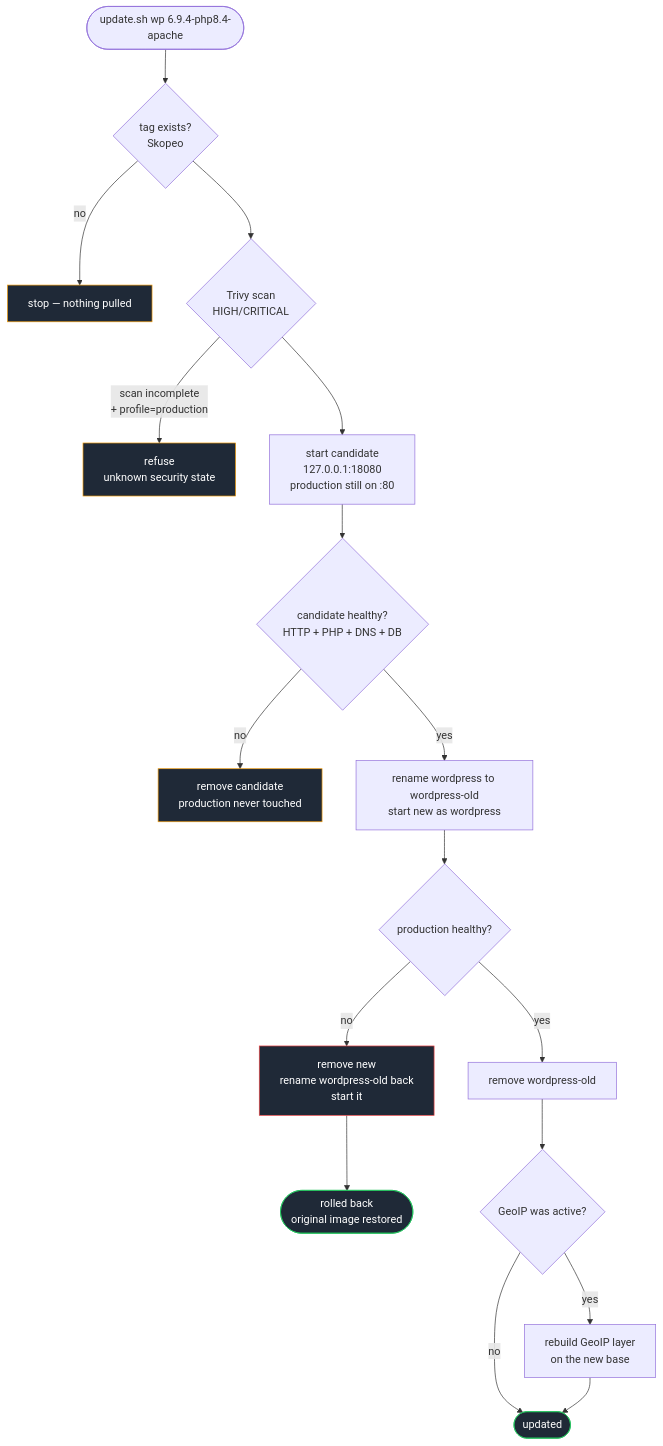
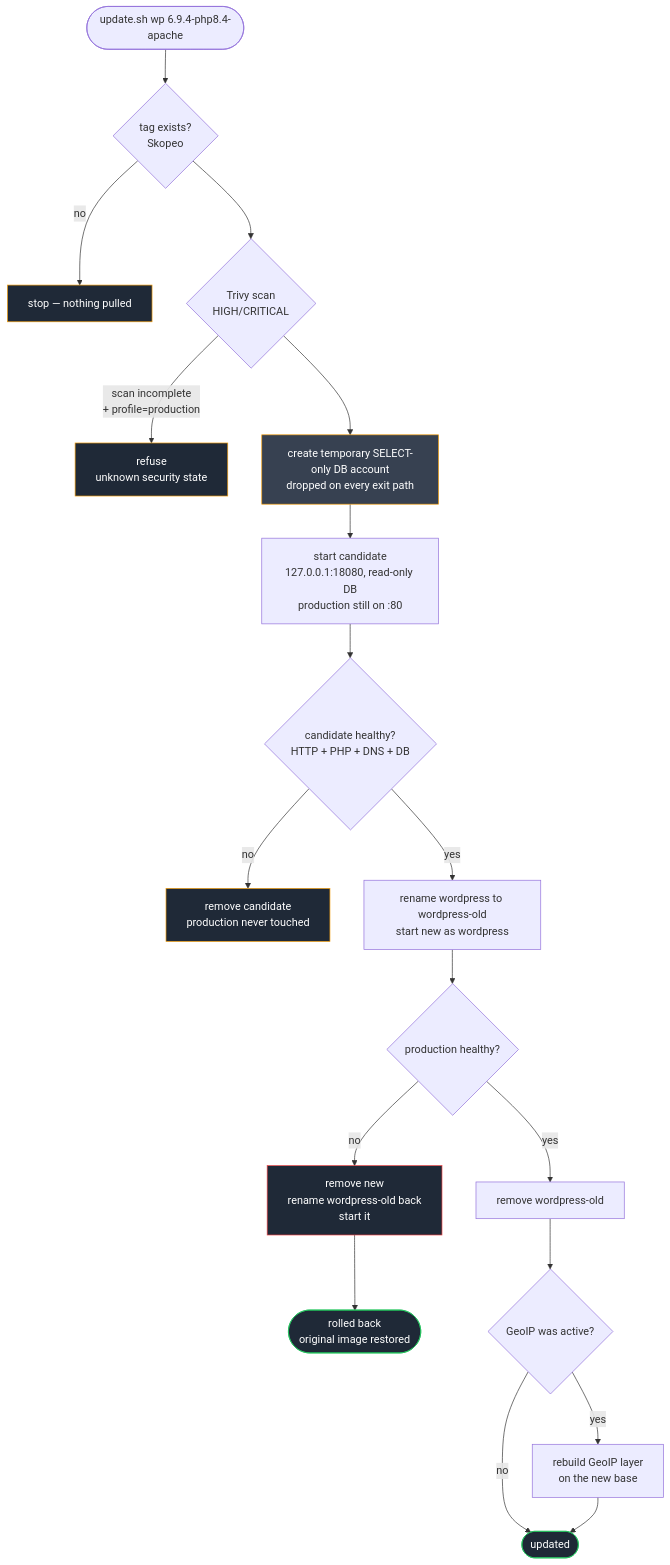
One commit to RothITguy-jitsi/alpine-vm-wordpress changed the fifth of 6 diagrams in ARCHITECTURE.md. Above: the diagram before and after it, drawn with Mermaid. The commit also changed other lines of this file and 20 other files, not shown here.

````diff
--- a/ARCHITECTURE.md
+++ b/ARCHITECTURE.md
@@ -148,30 +203,32 @@
 ```mermaid
 flowchart TD
     START(["update.sh wp 6.9.4-php8.4-apache"]) --> CHK{"tag exists?<br/>Skopeo"}
     CHK -->|"no"| STOP1["stop — nothing pulled"]
     CHK --> SCAN{"Trivy scan<br/>HIGH/CRITICAL"}
     SCAN -->|"scan incomplete<br/>+ profile=production"| STOP2["refuse<br/>unknown security state"]
-    SCAN --> CAND["start candidate<br/>127.0.0.1:18080<br/>production still on :80"]
+    SCAN --> RO["create temporary SELECT-only DB account<br/>dropped on every exit path"]
+    RO --> CAND["start candidate<br/>127.0.0.1:18080, read-only DB<br/>production still on :80"]
 
     CAND --> VAL{"candidate healthy?<br/>HTTP + PHP + DNS + DB"}
     VAL -->|"no"| STOP3["remove candidate<br/>production never touched"]
 
     VAL -->|"yes"| REN["rename wordpress to wordpress-old<br/>start new as wordpress"]
     REN --> VAL2{"production healthy?"}
 
     VAL2 -->|"no"| RB["remove new<br/>rename wordpress-old back<br/>start it"]
     RB --> DONE2(["rolled back<br/>original image restored"])
 
     VAL2 -->|"yes"| RM["remove wordpress-old"]
     RM --> GEO{"GeoIP was active?"}
     GEO -->|"yes"| REBUILD["rebuild GeoIP layer<br/>on the new base"]
     GEO -->|"no"| DONE1
     REBUILD --> DONE1(["updated"])
 
     style STOP1 fill:#1f2937,stroke:#f59e0b,color:#fff
     style STOP2 fill:#1f2937,stroke:#f59e0b,color:#fff
     style STOP3 fill:#1f2937,stroke:#f59e0b,color:#fff
+    style RO fill:#374151,stroke:#f59e0b,color:#fff
     style RB fill:#1f2937,stroke:#ef4444,color:#fff
     style DONE1 fill:#1f2937,stroke:#22c55e,color:#fff
     style DONE2 fill:#1f2937,stroke:#22c55e,color:#fff
 ```
````
